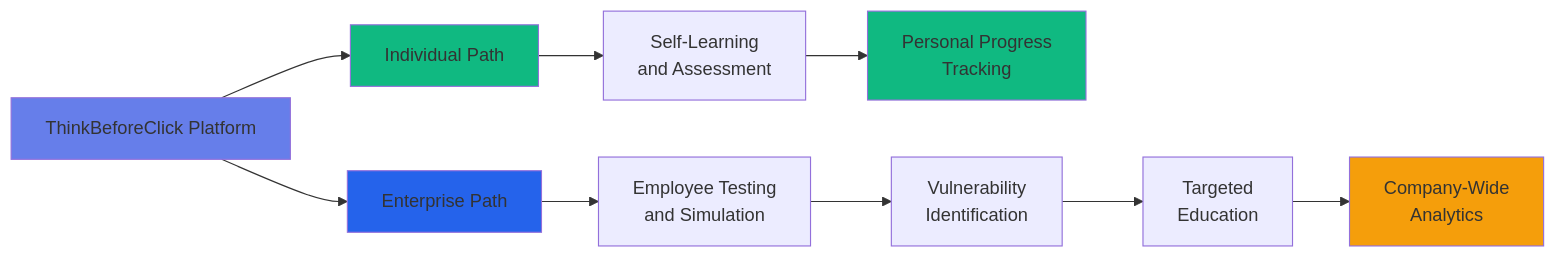
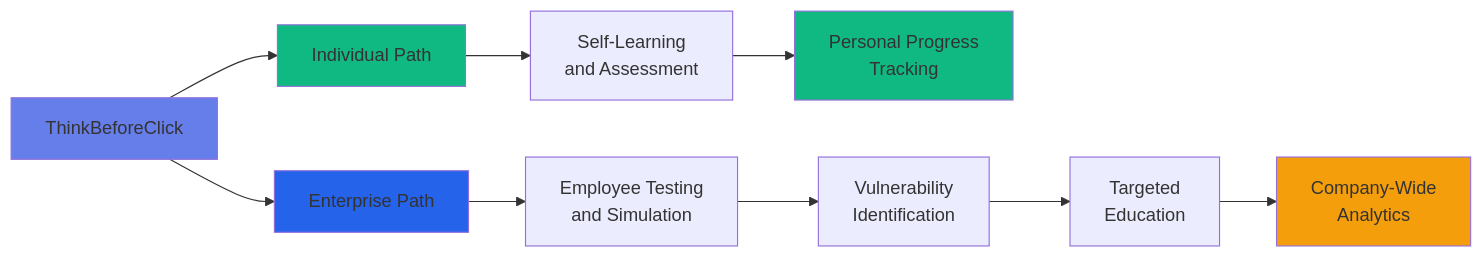
One commit to satashili/graph1 changed the third of 3 diagrams in picture.md. Above: the diagram before and after it, drawn with Mermaid.

Commit message:
delete platform

````diff
--- a/picture.md
+++ b/picture.md
@@ -71,19 +71,19 @@
 ```mermaid
 graph LR
-    A[ThinkBeforeClick Platform] --> B[Individual Path]
+    A[ThinkBeforeClick] --> B[Individual Path]
     A --> C[Enterprise Path]
     
     B --> D[Self-Learning<br>and Assessment]
     D --> E[Personal Progress<br>Tracking]
     
     C --> F[Employee Testing<br>and Simulation]
     F --> G[Vulnerability<br>Identification]
     G --> H[Targeted<br>Education]
     H --> I[Company-Wide<br>Analytics]
     
     style A fill:#667eea
     style B fill:#10B981
     style C fill:#2563EB
     style E fill:#10B981
     style I fill:#F59E0B
 ```
````
